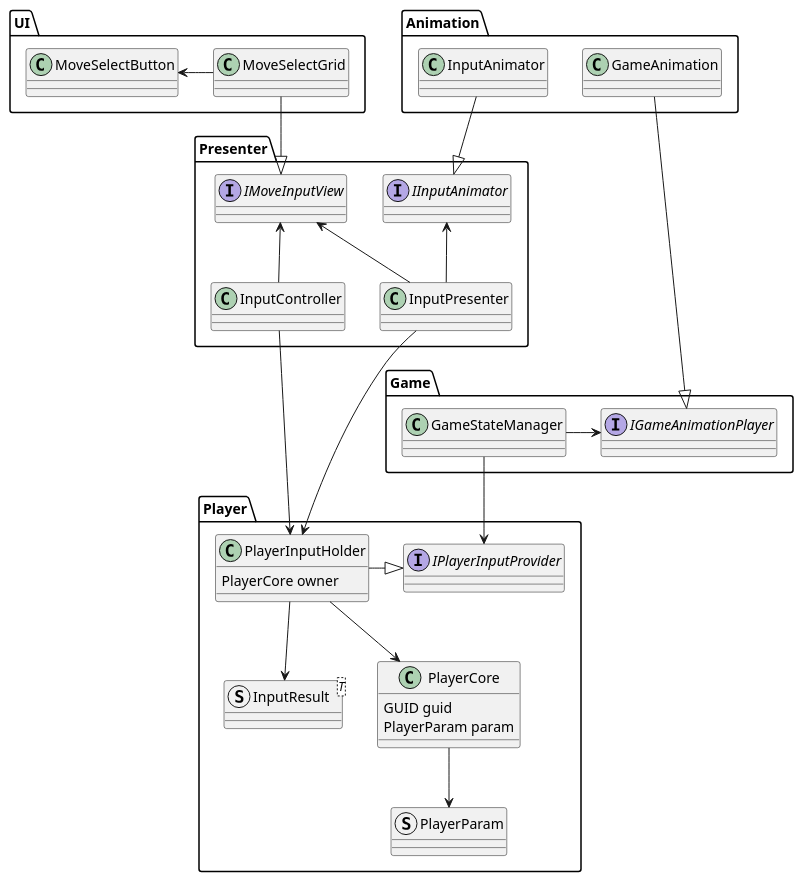
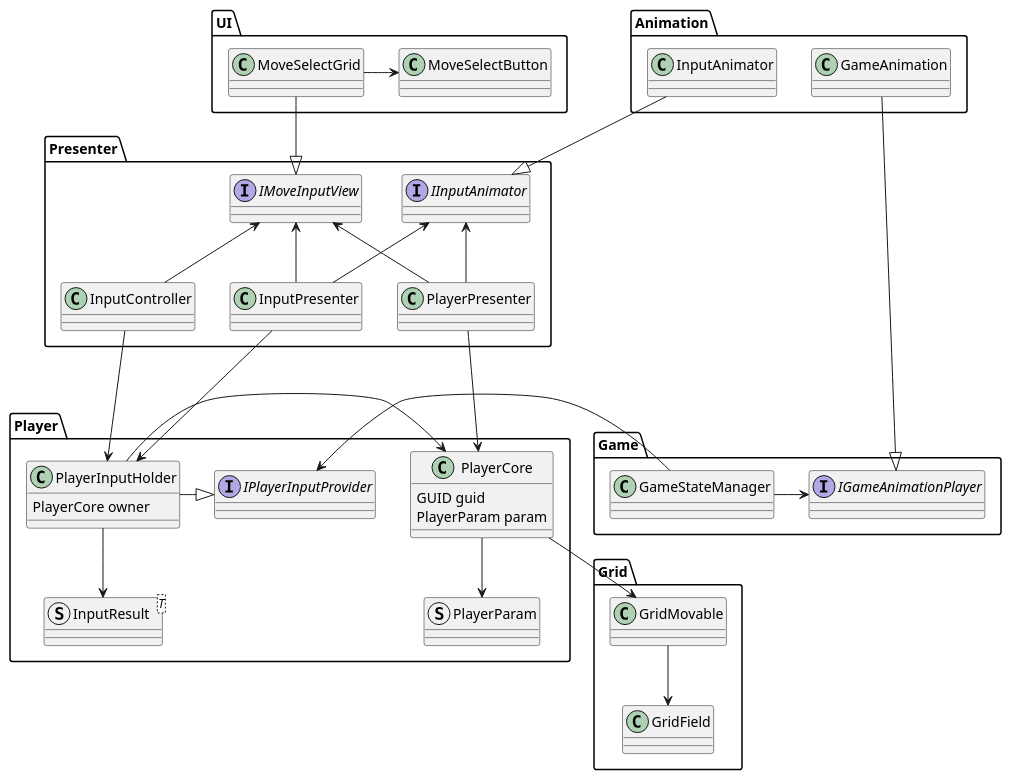
One commit to snsk0/ARA changed the diagram in ClassDiagram/ARA.pu. Above: the diagram before and after it, drawn with PlantUML. The commit also changed 54 other files, not shown here.

Commit message:
gridネームスペースの作成、UniRx再導入、クラス図更新

```diff
--- a/ClassDiagram/ARA.pu
+++ b/ClassDiagram/ARA.pu
@@ -1,63 +1,77 @@
 @startuml ARA
 package Player
 {
     class PlayerInputHolder
     {
         PlayerCore owner
     }
 
     struct InputResult<T>
 
     class PlayerCore
     {
         GUID guid
         PlayerParam param
     }
 
+
     struct PlayerParam
     interface IPlayerInputProvider
 
     PlayerInputHolder --> InputResult
-    PlayerInputHolder --> PlayerCore
+    PlayerInputHolder -> PlayerCore
     PlayerCore --> PlayerParam
     PlayerInputHolder -|> IPlayerInputProvider
 }
+
+package Grid{
+    class GridMovable
+    class GridField
+
+    GridMovable --> GridField
+}
+PlayerCore --> GridMovable
+
 package Game
 {
     class GameStateManager
 
     interface IGameAnimationPlayer
 }
 GameStateManager -> IPlayerInputProvider
 GameStateManager -> IGameAnimationPlayer
 
 package UI
 {
     class MoveSelectGrid
     class MoveSelectButton
 
-    MoveSelectGrid -left-> MoveSelectButton
+    MoveSelectGrid -> MoveSelectButton
 }
 
 package Animation{
     class InputAnimator
     class GameAnimation
 }
 GameAnimation ----|> IGameAnimationPlayer
 
 package Presenter
 {
+    class PlayerPresenter
     class InputController
     class InputPresenter
     interface IMoveInputView
     interface IInputAnimator
 
+    PlayerPresenter -up-> IInputAnimator
+    PlayerPresenter -up-> IMoveInputView
     InputController -up-> IMoveInputView
     InputPresenter -up-> IMoveInputView
     InputPresenter -up-> IInputAnimator
 }
 MoveSelectGrid --|> IMoveInputView
 InputAnimator --|> IInputAnimator
+PlayerPresenter ---> PlayerCore
 InputController ---> PlayerInputHolder
 InputPresenter ---> PlayerInputHolder
 @enduml
```
